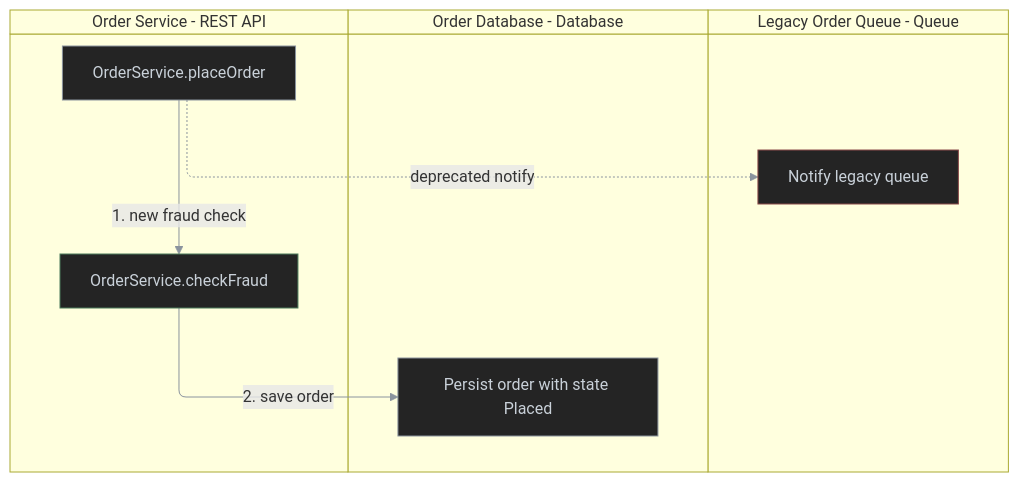
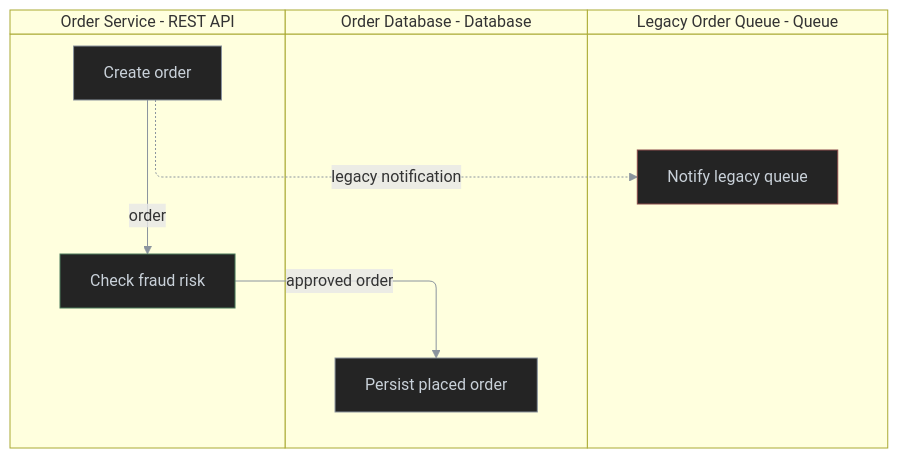
The fifth of 7 diagrams in plugins/wf/skills/behavior-diagram/README.md (antshc/brain), drawn with Mermaid before and after one commit. The commit also changed other lines of this file, not shown here.

Commit message:
Update swimlane examples for responsibility model

````diff
--- a/plugins/wf/skills/behavior-diagram/README.md
+++ b/plugins/wf/skills/behavior-diagram/README.md
@@ -97,26 +135,29 @@
 ```mermaid
 %%{init: {'themeVariables': {'lineColor': '#8b949e'}}}%%
 swimlane-beta TB
+  accTitle: Order fulfillment responsibility changes
+  accDescr: Adds fraud validation before persistence and removes the legacy queue handoff.
+
   subgraph restApi [Order Service - REST API]
-    placeOrder[OrderService.placeOrder]
-    fraudCheck[OrderService.checkFraud]
+    createOrder[Create order]
+    fraudCheck[Check fraud risk]
   end
 
   subgraph database [Order Database - Database]
-    persistOrder[Persist order with state Placed]
+    persistOrder[Persist placed order]
   end
 
   subgraph legacyQueue [Legacy Order Queue - Queue]
     notifyLegacy[Notify legacy queue]
   end
 
-  placeOrder -->|1. new fraud check| fraudCheck
-  fraudCheck -->|2. save order| persistOrder
-  placeOrder -.->|deprecated notify| notifyLegacy
+  createOrder -->|order| fraudCheck
+  fraudCheck -->|approved order| persistOrder
+  createOrder -.->|legacy notification| notifyLegacy
 
   classDef default fill:#242424,stroke:#8b949e,color:#c9d1d9,stroke-width:1px
   classDef added stroke:#4a7a5a,stroke-width:1px
   classDef removed stroke:#8a4a4a,stroke-width:1px
   class fraudCheck added
   class notifyLegacy removed
 ```
````
